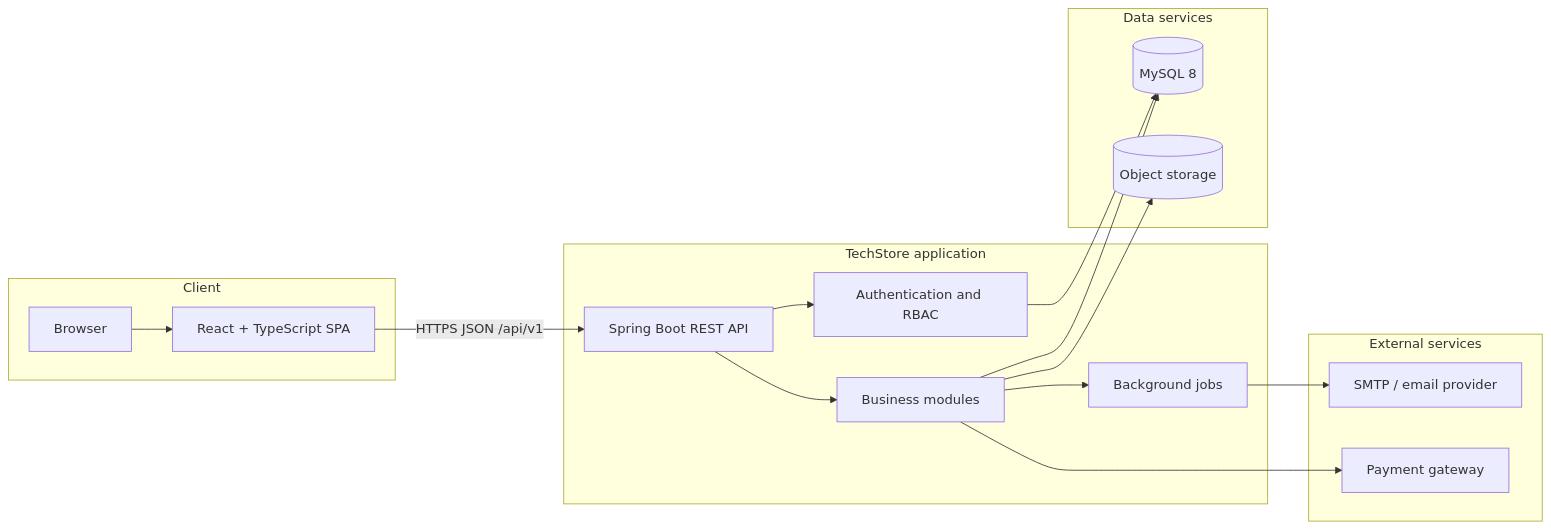
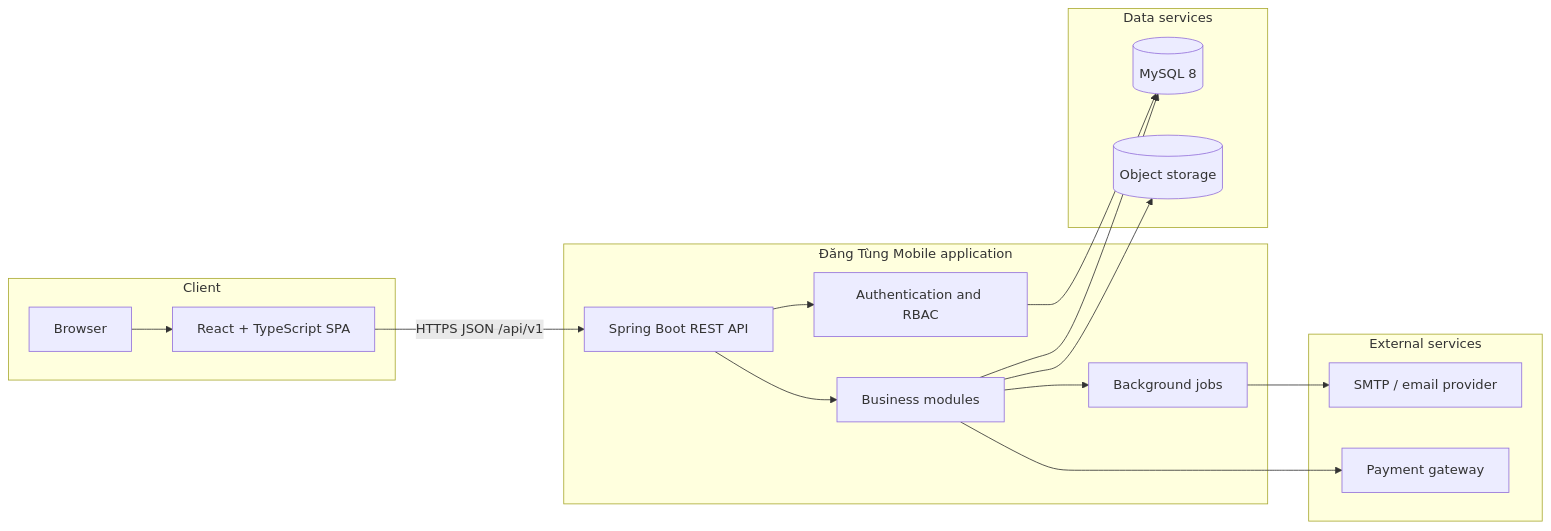
Before and after one commit to hoangganhh05/tech-store: the first of 4 diagrams in docs/ARCHITECTURE.md, drawn with Mermaid. The commit also changed other lines of this file and 43 other files, not shown here.

````diff
--- a/docs/ARCHITECTURE.md
+++ b/docs/ARCHITECTURE.md
@@ -24,35 +24,35 @@
 ```mermaid
 flowchart LR
     subgraph Client[Client]
         Browser[Browser]
         SPA[React + TypeScript SPA]
         Browser --> SPA
     end
 
-    subgraph Application[TechStore application]
+    subgraph Application[Đăng Tùng Mobile application]
         API[Spring Boot REST API]
         Auth[Authentication and RBAC]
         Modules[Business modules]
         Jobs[Background jobs]
         API --> Auth
         API --> Modules
         Modules --> Jobs
     end
 
     subgraph Data[Data services]
         DB[(MySQL 8)]
         Storage[(Object storage)]
     end
 
     subgraph External[External services]
         Mail[SMTP / email provider]
         Payment[Payment gateway]
     end
 
     SPA -->|HTTPS JSON /api/v1| API
     Auth --> DB
     Modules --> DB
     Modules --> Storage
     Jobs --> Mail
     Modules --> Payment
 ```
````
